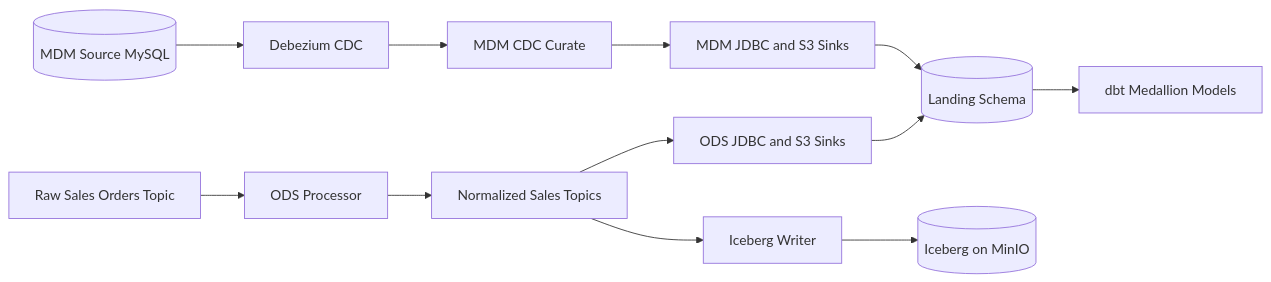
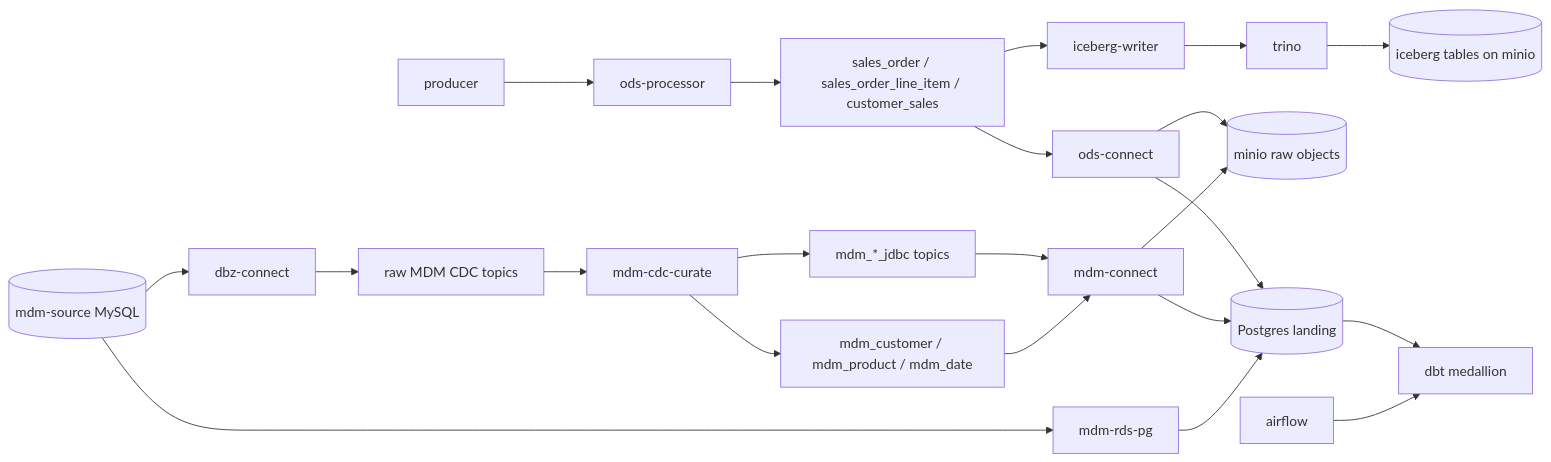
One commit to paulchen8206/Full-Stack-Modern-Data-Architecture-and-Engineering changed the second of 2 diagrams in README.md. Above: the diagram before and after it, drawn with Mermaid. The commit also changed other lines of this file and 18 other files, not shown here.

````diff
--- a/README.md
+++ b/README.md
@@ -128,14 +133,29 @@
 ```mermaid
 flowchart LR
-   RAW[Raw Sales Orders Topic] --> ODSP[ODS Processor]
-   ODSP --> ODS_TOPICS[Normalized Sales Topics]
-   ODS_TOPICS --> ODS_SINKS[ODS JDBC and S3 Sinks]
-   ODS_SINKS --> LANDING[(Landing Schema)]
-   LANDING --> DBT[dbt Medallion Models]
-   MYSQL[(MDM Source MySQL)] --> DBZ[Debezium CDC]
-   DBZ --> MDM_CURATE[MDM CDC Curate]
-   MDM_CURATE --> MDM_SINKS[MDM JDBC and S3 Sinks]
-   MDM_SINKS --> LANDING
-   ODS_TOPICS --> ICE_WRITER[Iceberg Writer]
-   ICE_WRITER --> LAKEHOUSE[(Iceberg on MinIO)]
+   PROD[producer] --> ODSP[ods-processor]
+   ODSP --> ODS_TOPICS[sales_order / sales_order_line_item / customer_sales]
+
+   ODS_TOPICS --> ODSC[ods-connect]
+   ODSC --> LANDING[(Postgres landing)]
+   ODSC --> RAW[(minio raw objects)]
+
+   MYSQL[(mdm-source MySQL)] --> DBZC[dbz-connect]
+   DBZC --> RAW_CDC[raw MDM CDC topics]
+   RAW_CDC --> CURATE[mdm-cdc-curate]
+   CURATE --> CURATED[mdm_customer / mdm_product / mdm_date]
+   CURATE --> JDBC_TOPICS[mdm_*_jdbc topics]
+   JDBC_TOPICS --> MDMC[mdm-connect]
+   CURATED --> MDMC
+   MDMC --> LANDING
+   MDMC --> RAW
+
+   MYSQL --> MDM_SYNC[mdm-rds-pg]
+   MDM_SYNC --> LANDING
+
+   ODS_TOPICS --> IW[iceberg-writer]
+   IW --> TRINO[trino]
+   TRINO --> ICE[(iceberg tables on minio)]
+
+   LANDING --> DBT[dbt medallion]
+   AIRFLOW[airflow] --> DBT
 ```
````
